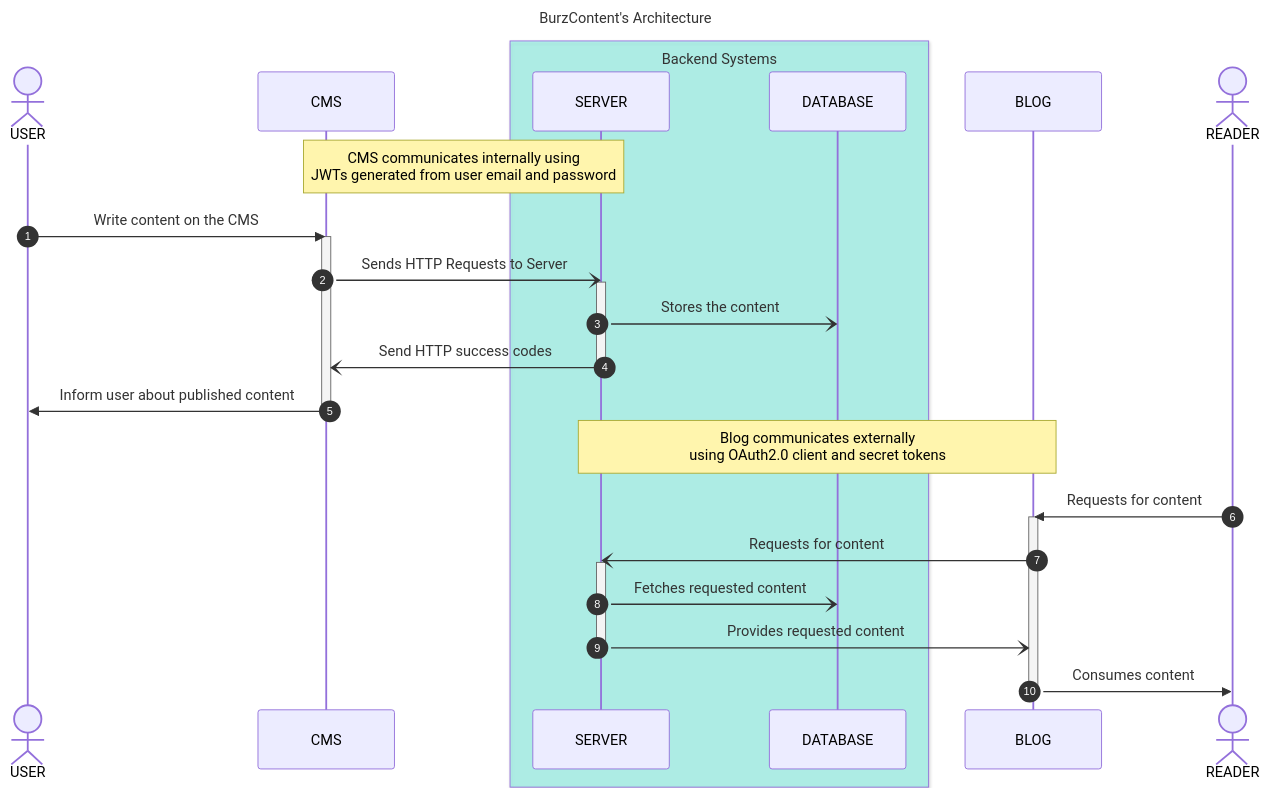
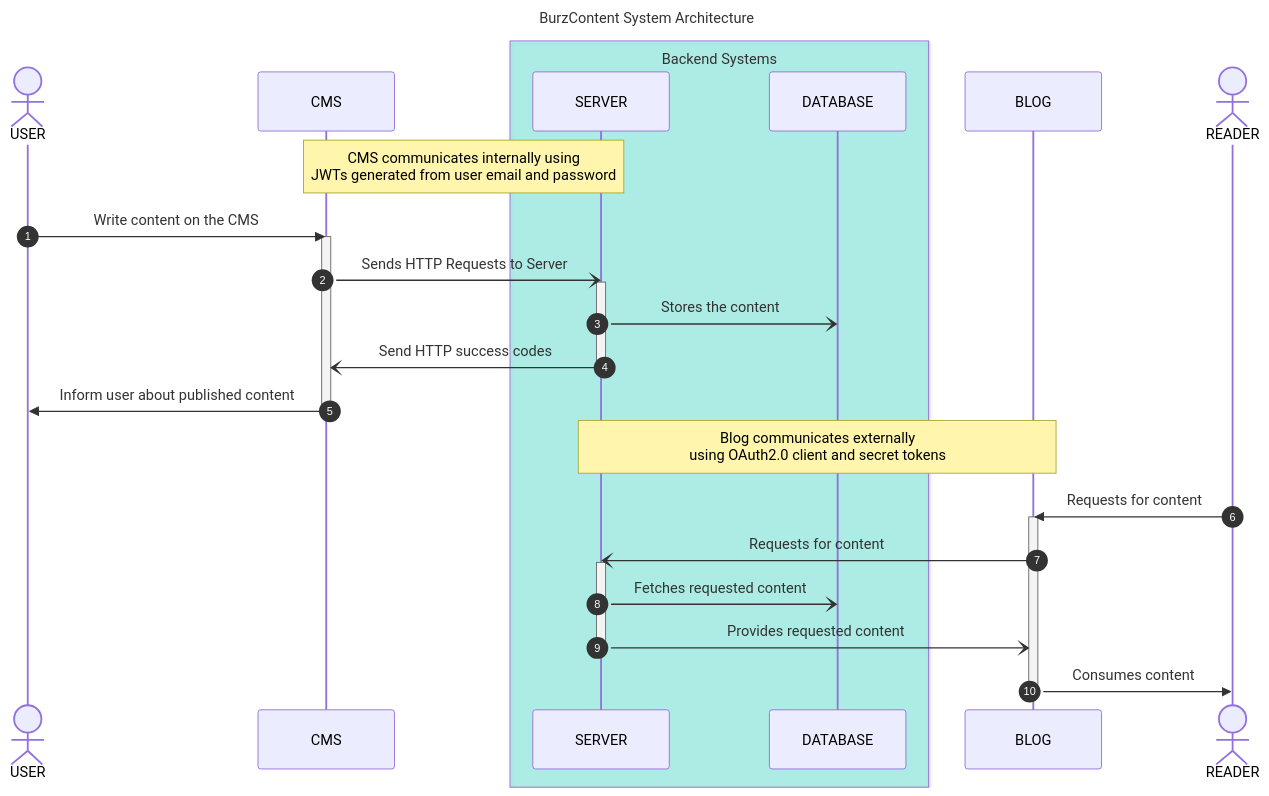
Before and after one commit to Weburz/burzpage: the first of 5 diagrams in docs/src/content/docs/reference/low-level-design.md, drawn with Mermaid. The commit also changed other lines of this file, not shown here.

````diff
--- a/docs/src/content/docs/reference/low-level-design.md
+++ b/docs/src/content/docs/reference/low-level-design.md
@@ -20,36 +20,36 @@
 ```mermaid
 ---
-title: BurzContent's Architecture
+title: BurzContent System Architecture
 ---
 sequenceDiagram
     autonumber
     actor USER
     participant CMS
     box rgba(66, 245, 224, 0.35) Backend Systems
     participant SERVER
     participant DATABASE
     end
     participant BLOG
     actor READER
 
     Note over CMS,SERVER : CMS communicates internally using<br/>JWTs generated from user email and password
     USER ->> CMS : Write content on the CMS
     activate CMS
         CMS -) SERVER : Sends HTTP Requests to Server
         activate SERVER
             SERVER -) DATABASE : Stores the content
             SERVER -) CMS : Send HTTP success codes
         deactivate SERVER
         CMS ->> USER : Inform user about published content
     deactivate CMS
     Note over BLOG,SERVER : Blog communicates externally<br/>using OAuth2.0 client and secret tokens
     READER ->> BLOG : Requests for content
     activate BLOG
         BLOG -) SERVER : Requests for content
         activate SERVER
             SERVER -) DATABASE : Fetches requested content
             SERVER -) BLOG : Provides requested content
         deactivate SERVER
         BLOG ->> READER : Consumes content
     deactivate BLOG
 ```
````
